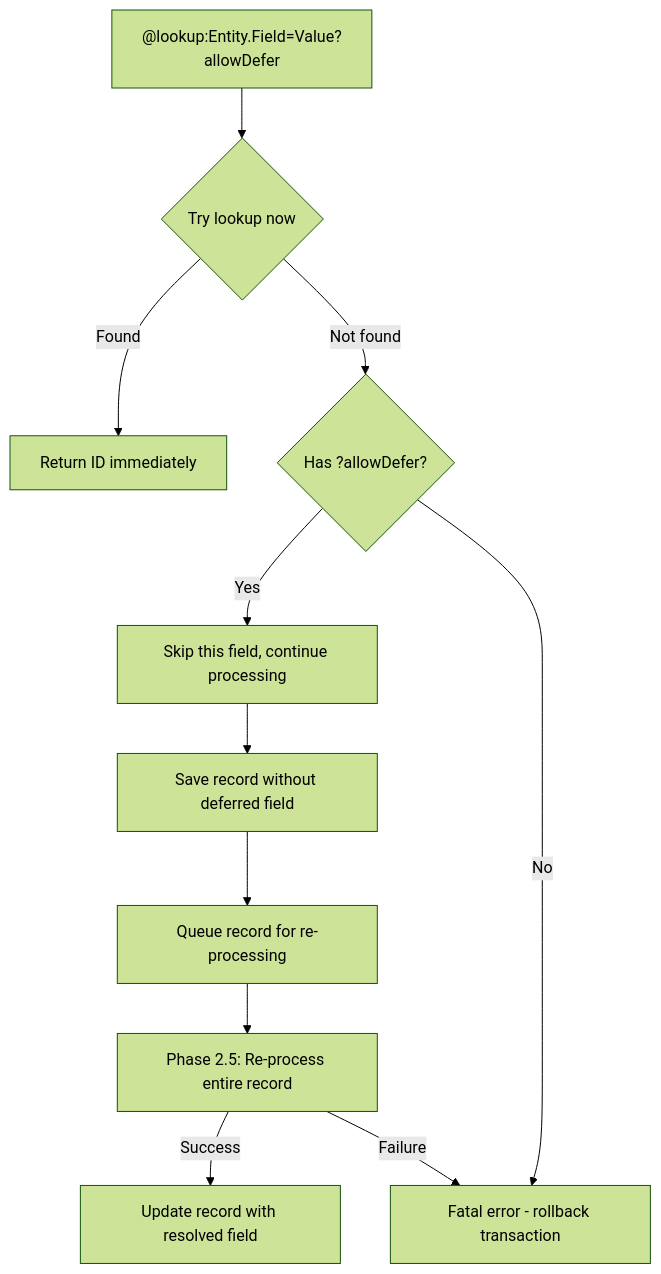
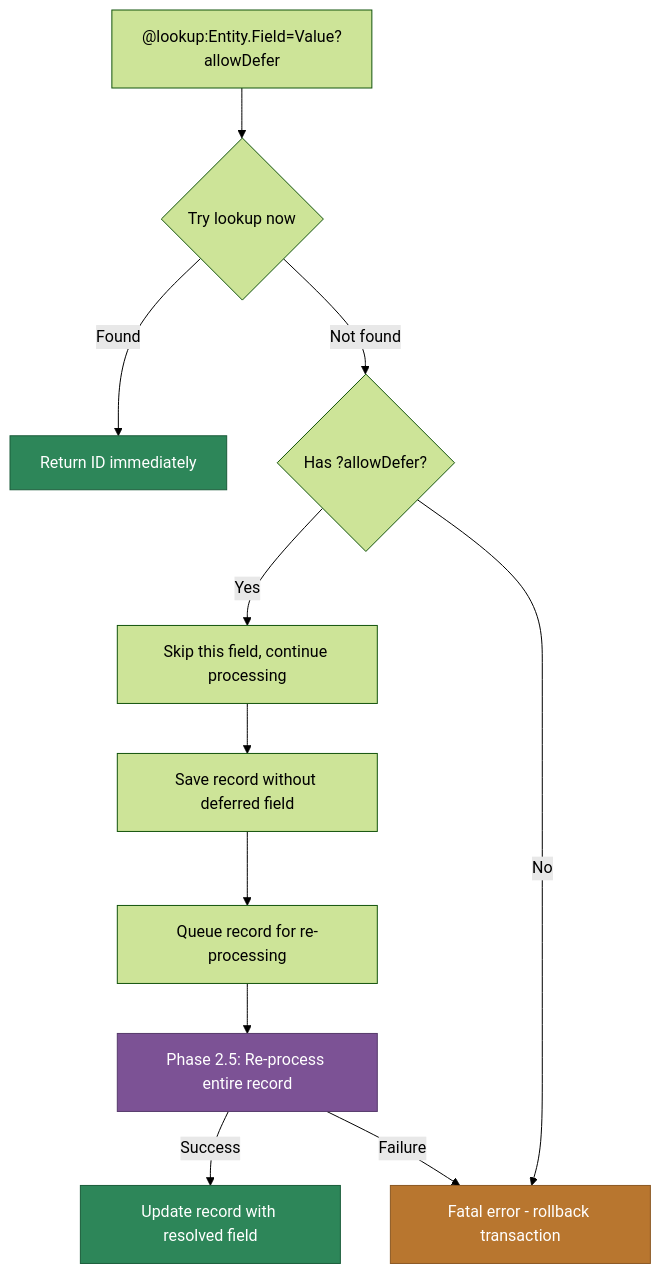
The fifth of 7 diagrams in packages/MetadataSync/README.md (MemberJunction/MJ), drawn with Mermaid (forest theme) before and after one commit. The commit also changed other lines of this file, not shown here.

````diff
--- a/packages/MetadataSync/README.md
+++ b/packages/MetadataSync/README.md
@@ -1086,13 +533,18 @@
 ```mermaid
 flowchart TD
     A["@lookup:Entity.Field=Value?allowDefer"] --> B{Try lookup now}
     B -->|Found| C[Return ID immediately]
     B -->|Not found| D{Has ?allowDefer?}
     D -->|Yes| E[Skip this field, continue processing]
     D -->|No| F[Fatal error - rollback transaction]
     E --> G[Save record without deferred field]
     G --> H[Queue record for re-processing]
     H --> I[Phase 2.5: Re-process entire record]
     I -->|Success| J[Update record with resolved field]
     I -->|Failure| F
+
+    style C fill:#2d8659,stroke:#1a5c3a,color:#fff
+    style F fill:#b8762f,stroke:#8a5722,color:#fff
+    style J fill:#2d8659,stroke:#1a5c3a,color:#fff
+    style I fill:#7c5295,stroke:#563a6b,color:#fff
 ```
````
